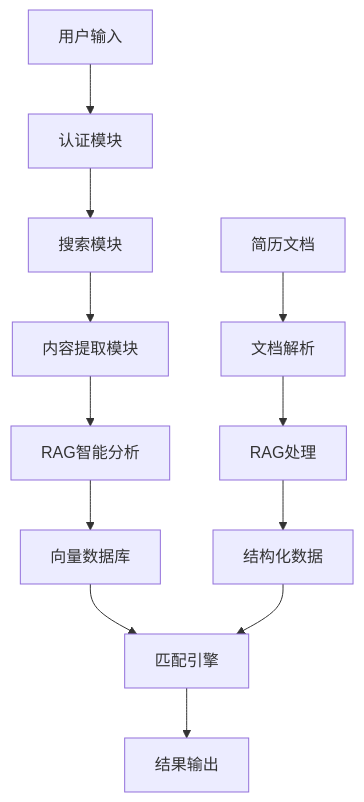
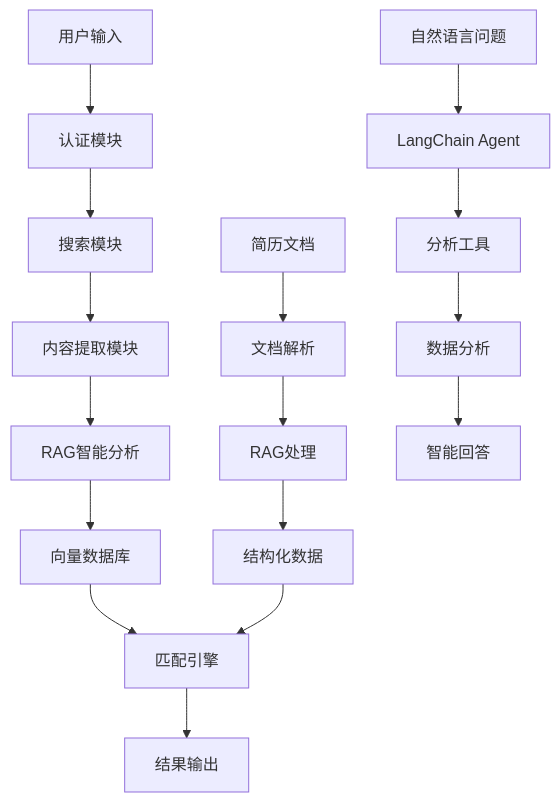
Before and after one commit to bin448482/MyThird: the diagram in README.md, drawn with Mermaid. The commit also changed other lines of this file and 22 other files, not shown here.

````diff
--- a/README.md
+++ b/README.md
@@ -272,15 +327,20 @@
 ```mermaid
 graph TD
     A[用户输入] --> B[认证模块]
     B --> C[搜索模块]
     C --> D[内容提取模块]
     D --> E[RAG智能分析]
     E --> F[向量数据库]
     F --> G[匹配引擎]
     G --> H[结果输出]
     
     I[简历文档] --> J[文档解析]
     J --> K[RAG处理]
     K --> L[结构化数据]
     L --> G
+    
+    M[自然语言问题] --> N[LangChain Agent]
+    N --> O[分析工具]
+    O --> P[数据分析]
+    P --> Q[智能回答]
 ```
````
